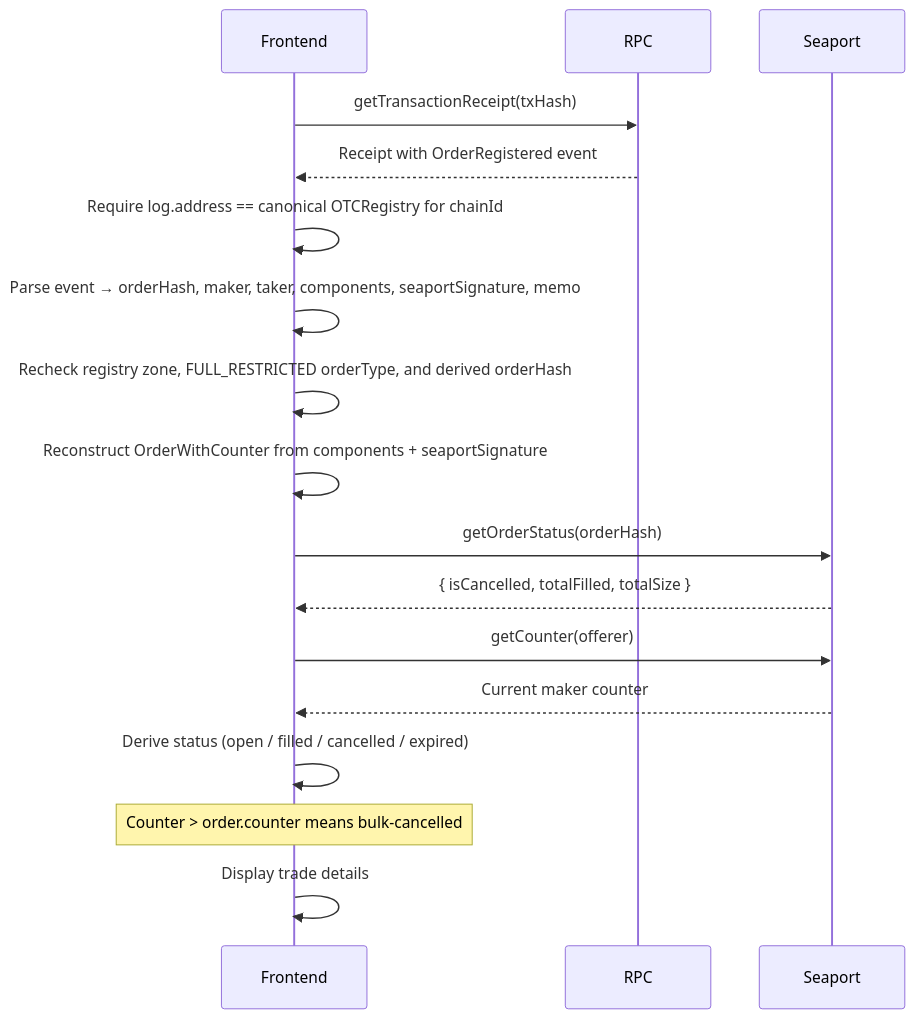
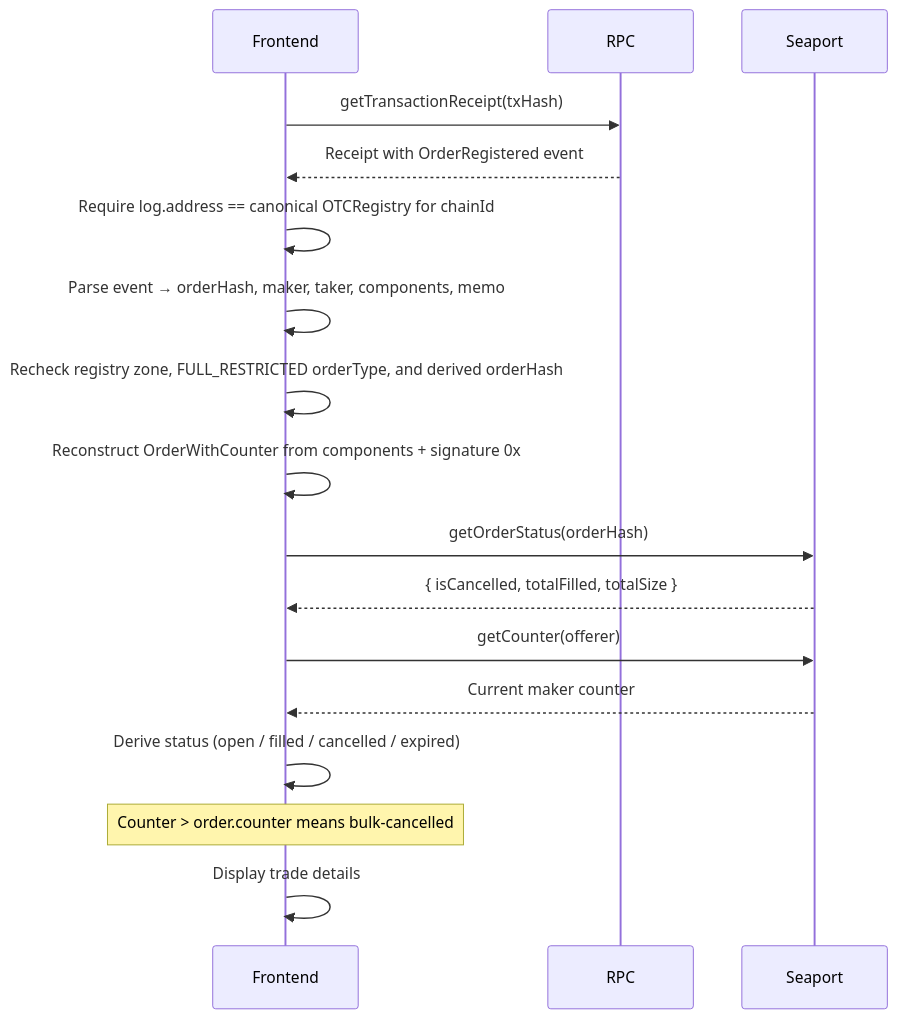
The second of 5 diagrams in docs/flows.md (shukudaidayo/ocarina-trade), drawn with Mermaid before and after one commit. The commit also changed other lines of this file and 8 other files, not shown here.

````diff
--- a/docs/flows.md
+++ b/docs/flows.md
@@ -56,24 +56,24 @@
 ```mermaid
 sequenceDiagram
     participant F as Frontend
     participant R as RPC
     participant S as Seaport
 
     F->>R: getTransactionReceipt(txHash)
     R-->>F: Receipt with OrderRegistered event
 
     F->>F: Require log.address == canonical OTCRegistry for chainId
-    F->>F: Parse event → orderHash, maker, taker, components, seaportSignature, memo
+    F->>F: Parse event → orderHash, maker, taker, components, memo
     F->>F: Recheck registry zone, FULL_RESTRICTED orderType, and derived orderHash
-    F->>F: Reconstruct OrderWithCounter from components + seaportSignature
+    F->>F: Reconstruct OrderWithCounter from components + signature 0x
 
     F->>S: getOrderStatus(orderHash)
     S-->>F: { isCancelled, totalFilled, totalSize }
 
     F->>S: getCounter(offerer)
     S-->>F: Current maker counter
 
     F->>F: Derive status (open / filled / cancelled / expired)
     Note over F: Counter > order.counter means bulk-cancelled
     F->>F: Display trade details
 ```
````
